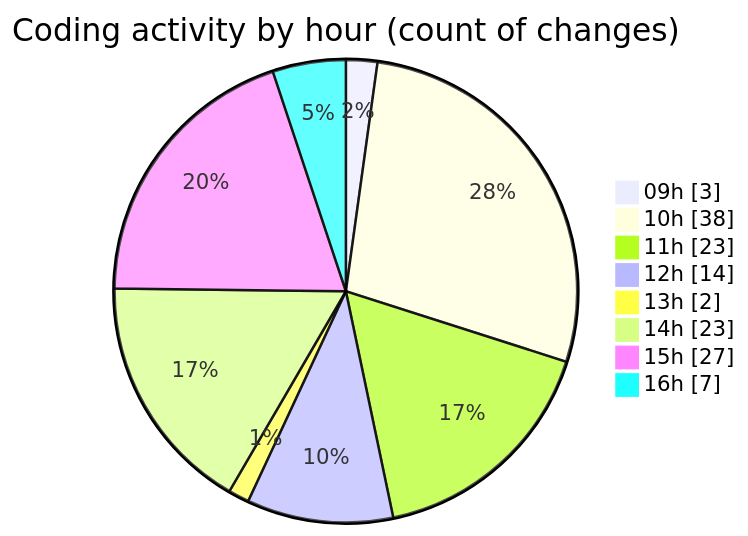
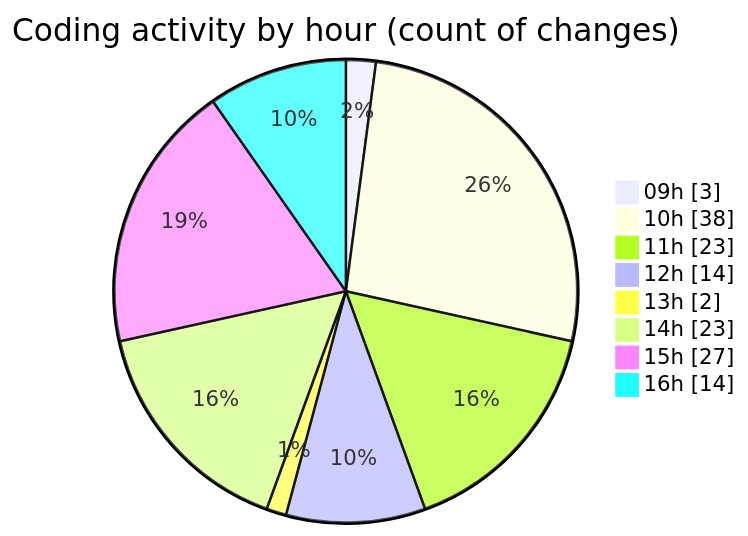
One commit to momahboobian/code-tracking changed the second of 2 diagrams in 2025-11-19/cda/README.md. Above: the diagram before and after it, drawn with Mermaid. The commit also changed other lines of this file and 1 other file, not shown here.

````diff
--- a/2025-11-19/cda/README.md
+++ b/2025-11-19/cda/README.md
@@ -34,12 +38,12 @@
 ```mermaid
 pie showData
 title Coding activity by hour (count of changes)
 "09h" : 3
 "10h" : 38
 "11h" : 23
 "12h" : 14
 "13h" : 2
 "14h" : 23
 "15h" : 27
-"16h" : 7
+"16h" : 14
 ```
````
